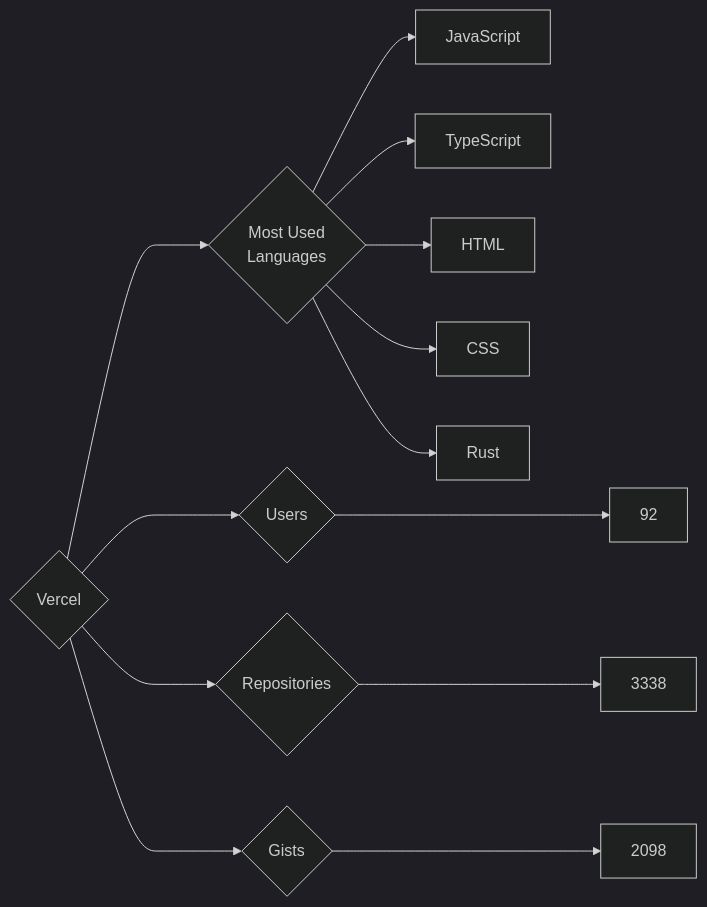
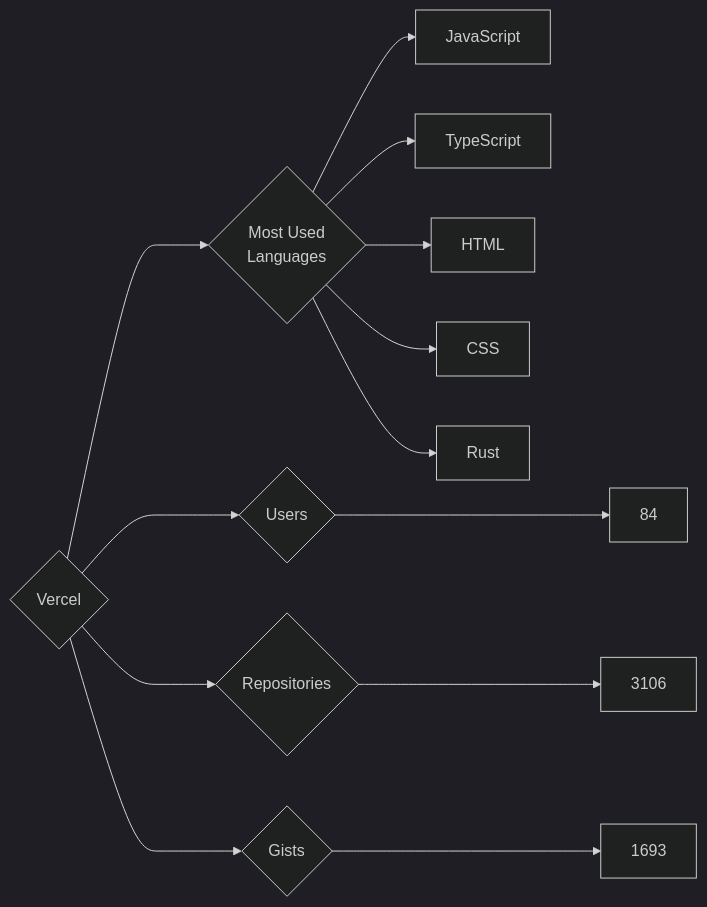
One commit to trickest/insiders changed the diagram in targets/Vercel/README.md. Above: the diagram before and after it, drawn with Mermaid (dark theme). The commit also changed 794 other files, not shown here.

````diff
--- a/targets/Vercel/README.md
+++ b/targets/Vercel/README.md
@@ -3,13 +3,13 @@
 ```mermaid
 graph LR
 COMPANY_NAME{Vercel}
-COMPANY_NAME ---> U{Users} ---> UN[92]
-COMPANY_NAME ---> R{Repositories} ---> RN[3338]
-COMPANY_NAME ---> G{Gists} ---> GN[2098]
+COMPANY_NAME ---> U{Users} ---> UN[84]
+COMPANY_NAME ---> R{Repositories} ---> RN[3106]
+COMPANY_NAME ---> G{Gists} ---> GN[1693]
 COMPANY_NAME ---> ML{Most Used<br>Languages}
 ML --> JavaScript[JavaScript]
 ML --> TypeScript[TypeScript]
 ML --> HTML[HTML]
 ML --> CSS[CSS]
 ML --> Rust[Rust]
 ```
````
